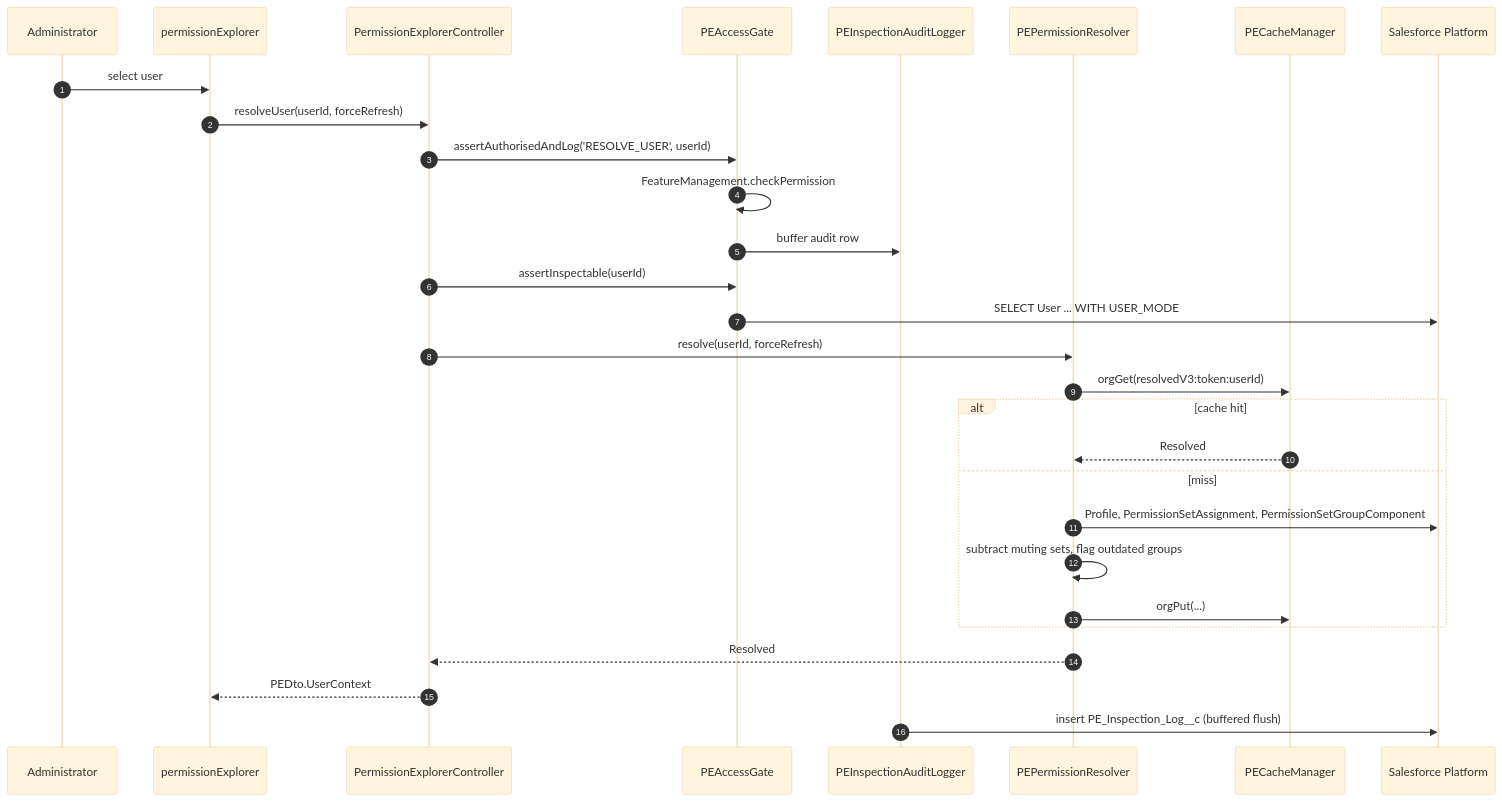
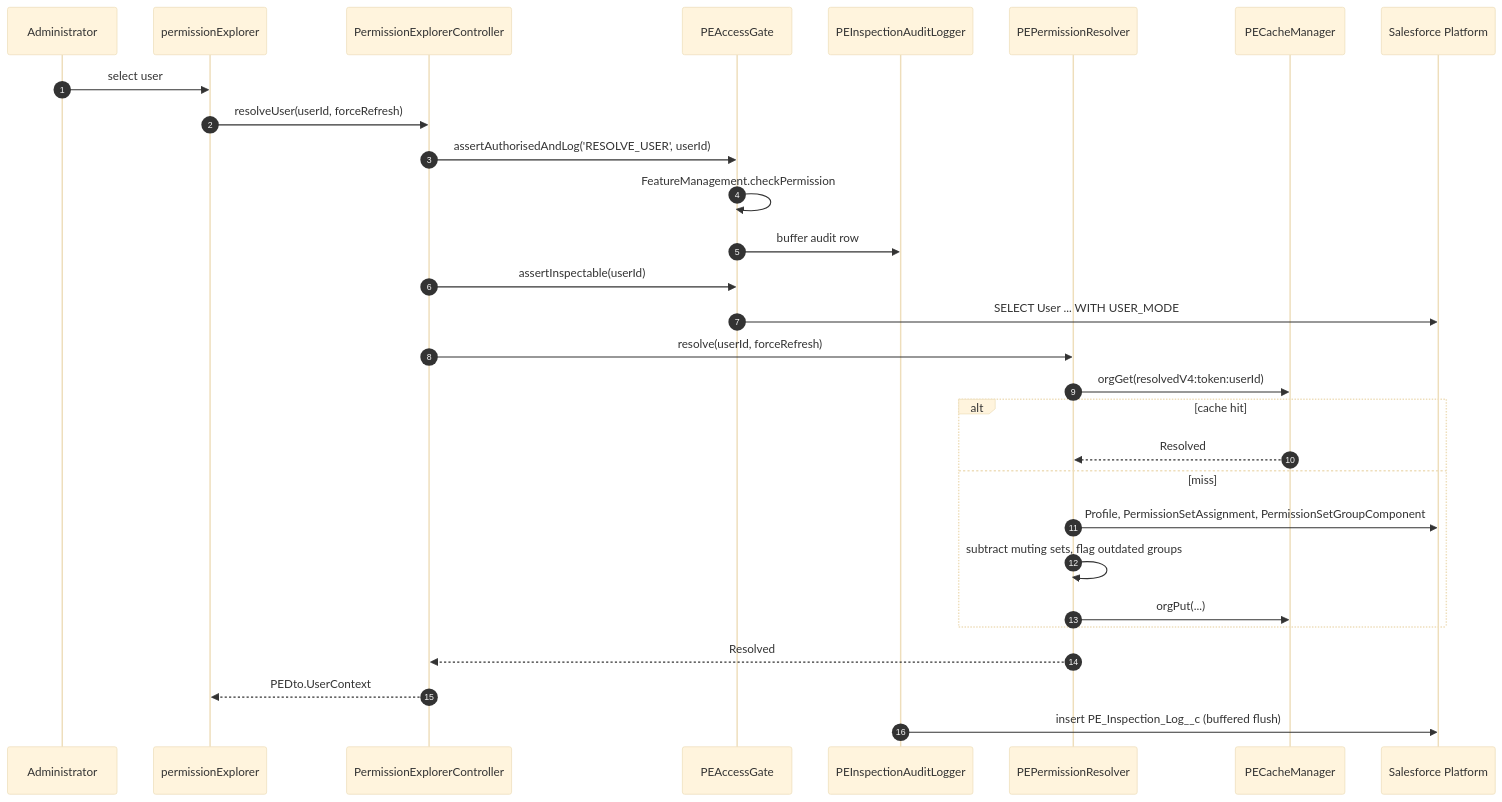
One commit to DemoProjectDjango/Who-Sees-What changed the diagram in docs/ARCHITECTURE.md. Above: the diagram before and after it, drawn with Mermaid (base theme). The commit also changed other lines of this file and 31 other files, not shown here.

First line of the commit message:
feat: Add documentation for Record Visibility, Roadmap, and Upgrade Notes

````diff
--- a/docs/ARCHITECTURE.md
+++ b/docs/ARCHITECTURE.md
@@ -160,32 +196,32 @@
 ```mermaid
 sequenceDiagram
     autonumber
     participant U as Administrator
     participant LWC as permissionExplorer
     participant C as PermissionExplorerController
     participant G as PEAccessGate
     participant L as PEInspectionAuditLogger
     participant R as PEPermissionResolver
     participant K as PECacheManager
     participant DB as Salesforce Platform
 
     U->>LWC: select user
     LWC->>C: resolveUser(userId, forceRefresh)
     C->>G: assertAuthorisedAndLog('RESOLVE_USER', userId)
     G->>G: FeatureManagement.checkPermission
     G->>L: buffer audit row
     C->>G: assertInspectable(userId)
     G->>DB: SELECT User ... WITH USER_MODE
     C->>R: resolve(userId, forceRefresh)
-    R->>K: orgGet(resolvedV3:token:userId)
+    R->>K: orgGet(resolvedV4:token:userId)
     alt cache hit
         K-->>R: Resolved
     else miss
         R->>DB: Profile, PermissionSetAssignment, PermissionSetGroupComponent
         R->>R: subtract muting sets, flag outdated groups
         R->>K: orgPut(...)
     end
     R-->>C: Resolved
     C-->>LWC: PEDto.UserContext
     L->>DB: insert PE_Inspection_Log__c (buffered flush)
 ```
````
